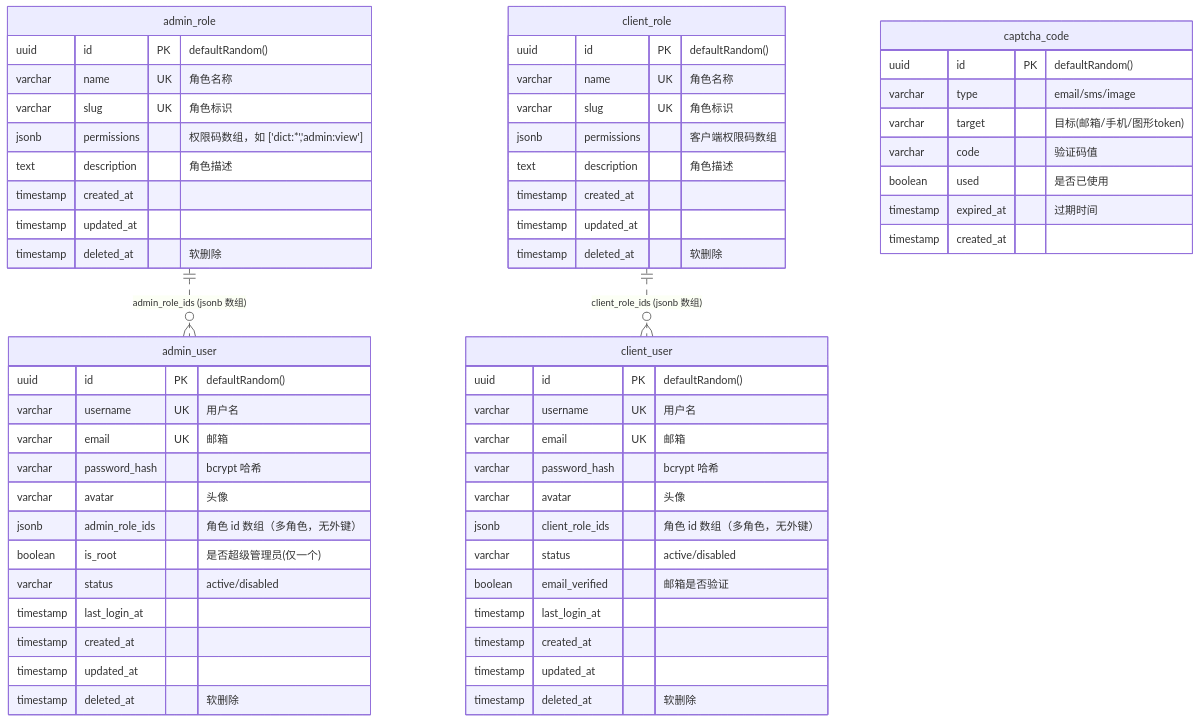
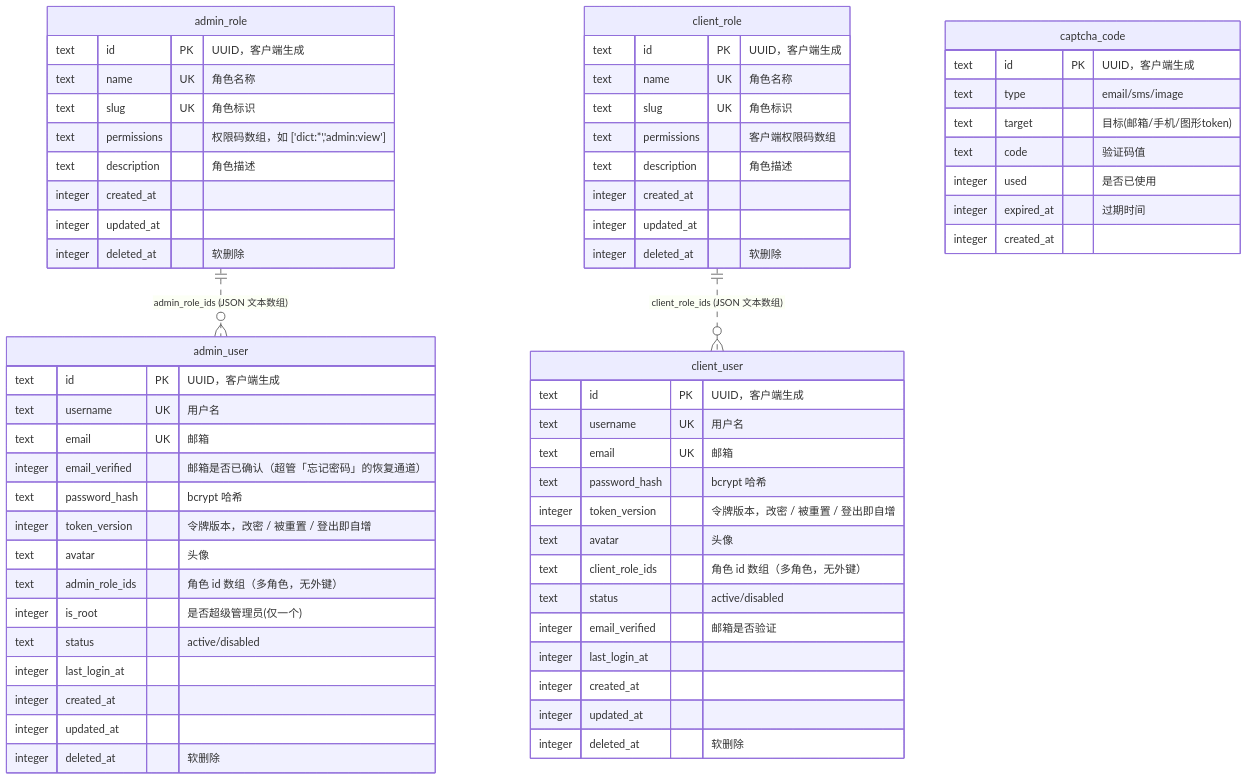
One commit to lvyueyang/ucode-hub changed the second of 6 diagrams in docs/auth-permission-model.md. Above: the diagram before and after it, drawn with Mermaid. The commit also changed other lines of this file and 3 other files, not shown here.

````diff
--- a/docs/auth-permission-model.md
+++ b/docs/auth-permission-model.md
@@ -83,67 +83,70 @@
 ```mermaid
 erDiagram
     admin_role {
-        uuid id PK "defaultRandom()"
-        varchar name UK "角色名称"
-        varchar slug UK "角色标识"
-        jsonb permissions "权限码数组，如 ['dict:*','admin:view']"
+        text id PK "UUID，客户端生成"
+        text name UK "角色名称"
+        text slug UK "角色标识"
+        text permissions "权限码数组，如 ['dict:*','admin:view']"
         text description "角色描述"
-        timestamp created_at
-        timestamp updated_at
-        timestamp deleted_at "软删除"
+        integer created_at
+        integer updated_at
+        integer deleted_at "软删除"
     }
 
     admin_user {
-        uuid id PK "defaultRandom()"
-        varchar username UK "用户名"
-        varchar email UK "邮箱"
-        varchar password_hash "bcrypt 哈希"
-        varchar avatar "头像"
-        jsonb admin_role_ids "角色 id 数组（多角色，无外键）"
-        boolean is_root "是否超级管理员(仅一个)"
-        varchar status "active/disabled"
-        timestamp last_login_at
-        timestamp created_at
-        timestamp updated_at
-        timestamp deleted_at "软删除"
+        text id PK "UUID，客户端生成"
+        text username UK "用户名"
+        text email UK "邮箱"
+        integer email_verified "邮箱是否已确认（超管「忘记密码」的恢复通道）"
+        text password_hash "bcrypt 哈希"
+        integer token_version "令牌版本，改密 / 被重置 / 登出即自增"
+        text avatar "头像"
+        text admin_role_ids "角色 id 数组（多角色，无外键）"
+        integer is_root "是否超级管理员(仅一个)"
+        text status "active/disabled"
+        integer last_login_at
+        integer created_at
+        integer updated_at
+        integer deleted_at "软删除"
     }
 
     client_role {
-        uuid id PK "defaultRandom()"
-        varchar name UK "角色名称"
-        varchar slug UK "角色标识"
-        jsonb permissions "客户端权限码数组"
+        text id PK "UUID，客户端生成"
+        text name UK "角色名称"
+        text slug UK "角色标识"
+        text permissions "客户端权限码数组"
         text description "角色描述"
-        timestamp created_at
-        timestamp updated_at
-        timestamp deleted_at "软删除"
+        integer created_at
+        integer updated_at
+        integer deleted_at "软删除"
     }
 
     client_user {
-        uuid id PK "defaultRandom()"
-        varchar username UK "用户名"
-        varchar email UK "邮箱"
-        varchar password_hash "bcrypt 哈希"
-        varchar avatar "头像"
-        jsonb client_role_ids "角色 id 数组（多角色，无外键）"
-        varchar status "active/disabled"
-        boolean email_verified "邮箱是否验证"
-        timestamp last_login_at
-        timestamp created_at
-        timestamp updated_at
-        timestamp deleted_at "软删除"
+        text id PK "UUID，客户端生成"
+        text username UK "用户名"
+        text email UK "邮箱"
+        text password_hash "bcrypt 哈希"
+        integer token_version "令牌版本，改密 / 被重置 / 登出即自增"
+        text avatar "头像"
+        text client_role_ids "角色 id 数组（多角色，无外键）"
+        text status "active/disabled"
+        integer email_verified "邮箱是否验证"
+        integer last_login_at
+        integer created_at
+        integer updated_at
+        integer deleted_at "软删除"
     }
 
     captcha_code {
-        uuid id PK "defaultRandom()"
-        varchar type "email/sms/image"
-        varchar target "目标(邮箱/手机/图形token)"
-        varchar code "验证码值"
-        boolean used "是否已使用"
-        timestamp expired_at "过期时间"
-        timestamp created_at
+        text id PK "UUID，客户端生成"
+        text type "email/sms/image"
+        text target "目标(邮箱/手机/图形token)"
+        text code "验证码值"
+        integer used "是否已使用"
+        integer expired_at "过期时间"
+        integer created_at
     }
 
-    admin_role ||..o{ admin_user : "admin_role_ids (jsonb 数组)"
-    client_role ||..o{ client_user : "client_role_ids (jsonb 数组)"
+    admin_role ||..o{ admin_user : "admin_role_ids (JSON 文本数组)"
+    client_role ||..o{ client_user : "client_role_ids (JSON 文本数组)"
 ```
````
